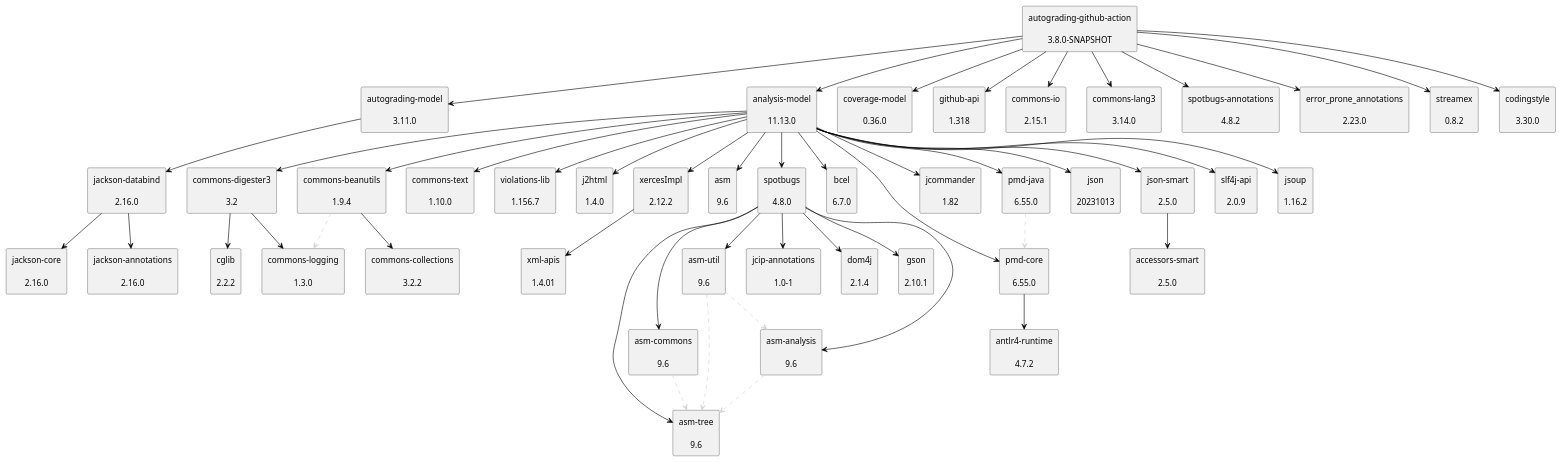
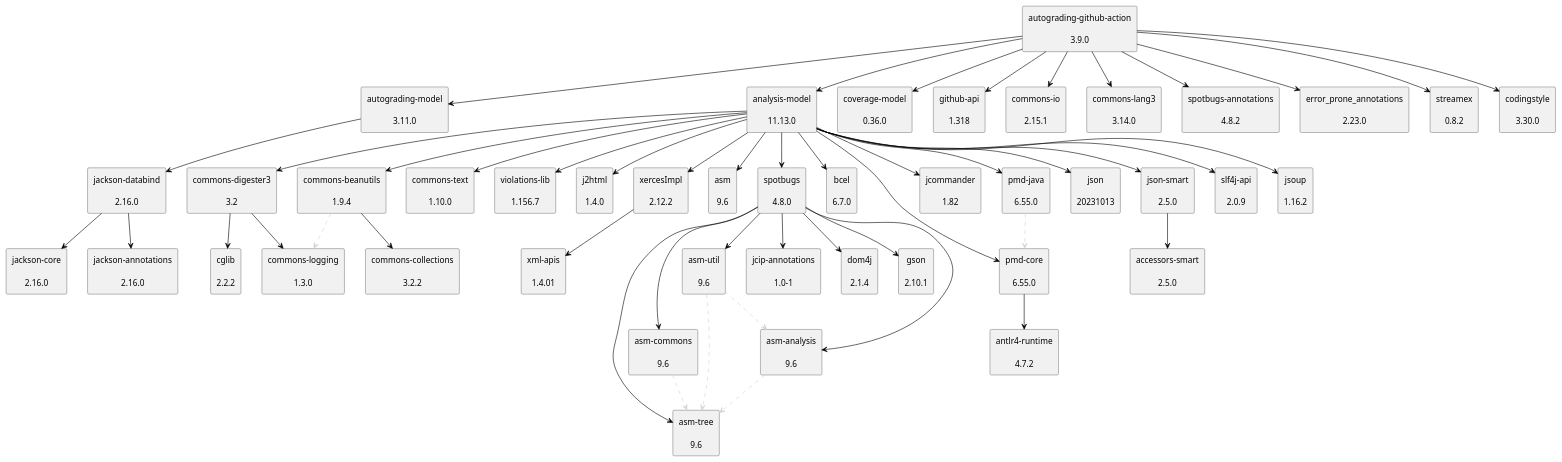
One commit to uhafner/autograding-github-action changed the diagram in doc/dependency-graph.puml. Above: the diagram before and after it, drawn with PlantUML. The commit also changed 3 other files, not shown here.

```diff
--- a/doc/dependency-graph.puml
+++ b/doc/dependency-graph.puml
@@ -1,100 +1,100 @@
 @startuml
 skinparam defaultTextAlignment center
 skinparam rectangle {
   BackgroundColor<<optional>> beige
   BackgroundColor<<test>> lightGreen
   BackgroundColor<<runtime>> lightBlue
   BackgroundColor<<provided>> lightGray
 }
 rectangle "jackson-databind\n\n2.16.0" as com_fasterxml_jackson_core_jackson_databind_jar
 rectangle "jackson-annotations\n\n2.16.0" as com_fasterxml_jackson_core_jackson_annotations_jar
 rectangle "jackson-core\n\n2.16.0" as com_fasterxml_jackson_core_jackson_core_jar
 rectangle "autograding-model\n\n3.11.0" as edu_hm_hafner_autograding_model_jar
-rectangle "autograding-github-action\n\n3.8.0-SNAPSHOT" as edu_hm_hafner_autograding_github_action_jar
+rectangle "autograding-github-action\n\n3.9.0" as edu_hm_hafner_autograding_github_action_jar
 rectangle "analysis-model\n\n11.13.0" as edu_hm_hafner_analysis_model_jar
 rectangle "jsoup\n\n1.16.2" as org_jsoup_jsoup_jar
 rectangle "commons-digester3\n\n3.2" as org_apache_commons_commons_digester3_jar
 rectangle "cglib\n\n2.2.2" as cglib_cglib_jar
 rectangle "commons-logging\n\n1.3.0" as commons_logging_commons_logging_jar
 rectangle "commons-beanutils\n\n1.9.4" as commons_beanutils_commons_beanutils_jar
 rectangle "commons-collections\n\n3.2.2" as commons_collections_commons_collections_jar
 rectangle "commons-text\n\n1.10.0" as org_apache_commons_commons_text_jar
 rectangle "violations-lib\n\n1.156.7" as se_bjurr_violations_violations_lib_jar
 rectangle "j2html\n\n1.4.0" as com_j2html_j2html_jar
 rectangle "xercesImpl\n\n2.12.2" as xerces_xercesImpl_jar
 rectangle "xml-apis\n\n1.4.01" as xml_apis_xml_apis_jar
 rectangle "asm\n\n9.6" as org_ow2_asm_asm_jar
 rectangle "asm-analysis\n\n9.6" as org_ow2_asm_asm_analysis_jar
 rectangle "asm-tree\n\n9.6" as org_ow2_asm_asm_tree_jar
 rectangle "spotbugs\n\n4.8.0" as com_github_spotbugs_spotbugs_jar
 rectangle "asm-commons\n\n9.6" as org_ow2_asm_asm_commons_jar
 rectangle "asm-util\n\n9.6" as org_ow2_asm_asm_util_jar
 rectangle "jcip-annotations\n\n1.0-1" as com_github_stephenc_jcip_jcip_annotations_jar
 rectangle "dom4j\n\n2.1.4" as org_dom4j_dom4j_jar
 rectangle "gson\n\n2.10.1" as com_google_code_gson_gson_jar
 rectangle "bcel\n\n6.7.0" as org_apache_bcel_bcel_jar
 rectangle "pmd-core\n\n6.55.0" as net_sourceforge_pmd_pmd_core_jar
 rectangle "antlr4-runtime\n\n4.7.2" as org_antlr_antlr4_runtime_jar
 rectangle "jcommander\n\n1.82" as com_beust_jcommander_jar
 rectangle "pmd-java\n\n6.55.0" as net_sourceforge_pmd_pmd_java_jar
 rectangle "json\n\n20231013" as org_json_json_jar
 rectangle "json-smart\n\n2.5.0" as net_minidev_json_smart_jar
 rectangle "accessors-smart\n\n2.5.0" as net_minidev_accessors_smart_jar
 rectangle "slf4j-api\n\n2.0.9" as org_slf4j_slf4j_api_jar
 rectangle "coverage-model\n\n0.36.0" as edu_hm_hafner_coverage_model_jar
 rectangle "github-api\n\n1.318" as org_kohsuke_github_api_jar
 rectangle "commons-io\n\n2.15.1" as commons_io_commons_io_jar
 rectangle "commons-lang3\n\n3.14.0" as org_apache_commons_commons_lang3_jar
 rectangle "spotbugs-annotations\n\n4.8.2" as com_github_spotbugs_spotbugs_annotations_jar
 rectangle "error_prone_annotations\n\n2.23.0" as com_google_errorprone_error_prone_annotations_jar
 rectangle "streamex\n\n0.8.2" as one_util_streamex_jar
 rectangle "codingstyle\n\n3.30.0" as edu_hm_hafner_codingstyle_jar
 com_fasterxml_jackson_core_jackson_databind_jar -[#000000]-> com_fasterxml_jackson_core_jackson_annotations_jar
 com_fasterxml_jackson_core_jackson_databind_jar -[#000000]-> com_fasterxml_jackson_core_jackson_core_jar
 edu_hm_hafner_autograding_model_jar -[#000000]-> com_fasterxml_jackson_core_jackson_databind_jar
 edu_hm_hafner_autograding_github_action_jar -[#000000]-> edu_hm_hafner_autograding_model_jar
 edu_hm_hafner_analysis_model_jar -[#000000]-> org_jsoup_jsoup_jar
 org_apache_commons_commons_digester3_jar -[#000000]-> cglib_cglib_jar
 org_apache_commons_commons_digester3_jar -[#000000]-> commons_logging_commons_logging_jar
 edu_hm_hafner_analysis_model_jar -[#000000]-> org_apache_commons_commons_digester3_jar
 commons_beanutils_commons_beanutils_jar .[#D3D3D3].> commons_logging_commons_logging_jar
 commons_beanutils_commons_beanutils_jar -[#000000]-> commons_collections_commons_collections_jar
 edu_hm_hafner_analysis_model_jar -[#000000]-> commons_beanutils_commons_beanutils_jar
 edu_hm_hafner_analysis_model_jar -[#000000]-> org_apache_commons_commons_text_jar
 edu_hm_hafner_analysis_model_jar -[#000000]-> se_bjurr_violations_violations_lib_jar
 edu_hm_hafner_analysis_model_jar -[#000000]-> com_j2html_j2html_jar
 xerces_xercesImpl_jar -[#000000]-> xml_apis_xml_apis_jar
 edu_hm_hafner_analysis_model_jar -[#000000]-> xerces_xercesImpl_jar
 edu_hm_hafner_analysis_model_jar -[#000000]-> org_ow2_asm_asm_jar
 org_ow2_asm_asm_analysis_jar .[#D3D3D3].> org_ow2_asm_asm_tree_jar
 com_github_spotbugs_spotbugs_jar -[#000000]-> org_ow2_asm_asm_analysis_jar
 org_ow2_asm_asm_commons_jar .[#D3D3D3].> org_ow2_asm_asm_tree_jar
 com_github_spotbugs_spotbugs_jar -[#000000]-> org_ow2_asm_asm_commons_jar
 com_github_spotbugs_spotbugs_jar -[#000000]-> org_ow2_asm_asm_tree_jar
 org_ow2_asm_asm_util_jar .[#D3D3D3].> org_ow2_asm_asm_tree_jar
 org_ow2_asm_asm_util_jar .[#D3D3D3].> org_ow2_asm_asm_analysis_jar
 com_github_spotbugs_spotbugs_jar -[#000000]-> org_ow2_asm_asm_util_jar
 com_github_spotbugs_spotbugs_jar -[#000000]-> com_github_stephenc_jcip_jcip_annotations_jar
 com_github_spotbugs_spotbugs_jar -[#000000]-> org_dom4j_dom4j_jar
 com_github_spotbugs_spotbugs_jar -[#000000]-> com_google_code_gson_gson_jar
 edu_hm_hafner_analysis_model_jar -[#000000]-> com_github_spotbugs_spotbugs_jar
 edu_hm_hafner_analysis_model_jar -[#000000]-> org_apache_bcel_bcel_jar
 net_sourceforge_pmd_pmd_core_jar -[#000000]-> org_antlr_antlr4_runtime_jar
 edu_hm_hafner_analysis_model_jar -[#000000]-> net_sourceforge_pmd_pmd_core_jar
 edu_hm_hafner_analysis_model_jar -[#000000]-> com_beust_jcommander_jar
 net_sourceforge_pmd_pmd_java_jar .[#D3D3D3].> net_sourceforge_pmd_pmd_core_jar
 edu_hm_hafner_analysis_model_jar -[#000000]-> net_sourceforge_pmd_pmd_java_jar
 edu_hm_hafner_analysis_model_jar -[#000000]-> org_json_json_jar
 net_minidev_json_smart_jar -[#000000]-> net_minidev_accessors_smart_jar
 edu_hm_hafner_analysis_model_jar -[#000000]-> net_minidev_json_smart_jar
 edu_hm_hafner_analysis_model_jar -[#000000]-> org_slf4j_slf4j_api_jar
 edu_hm_hafner_autograding_github_action_jar -[#000000]-> edu_hm_hafner_analysis_model_jar
 edu_hm_hafner_autograding_github_action_jar -[#000000]-> edu_hm_hafner_coverage_model_jar
 edu_hm_hafner_autograding_github_action_jar -[#000000]-> org_kohsuke_github_api_jar
 edu_hm_hafner_autograding_github_action_jar -[#000000]-> commons_io_commons_io_jar
 edu_hm_hafner_autograding_github_action_jar -[#000000]-> org_apache_commons_commons_lang3_jar
 edu_hm_hafner_autograding_github_action_jar -[#000000]-> com_github_spotbugs_spotbugs_annotations_jar
 edu_hm_hafner_autograding_github_action_jar -[#000000]-> com_google_errorprone_error_prone_annotations_jar
 edu_hm_hafner_autograding_github_action_jar -[#000000]-> one_util_streamex_jar
 edu_hm_hafner_autograding_github_action_jar -[#000000]-> edu_hm_hafner_codingstyle_jar
 @enduml
```
